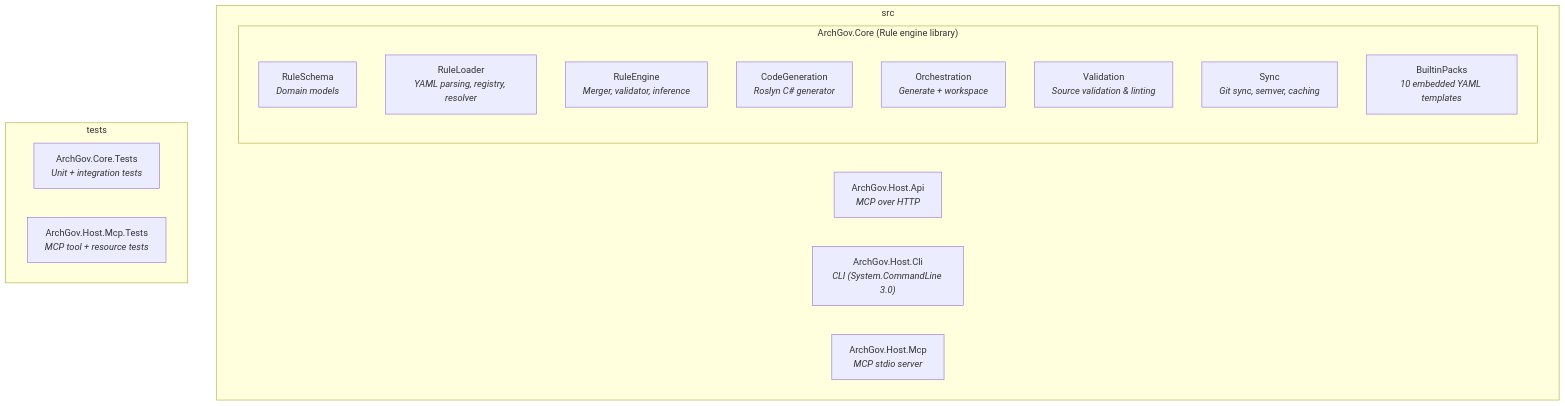
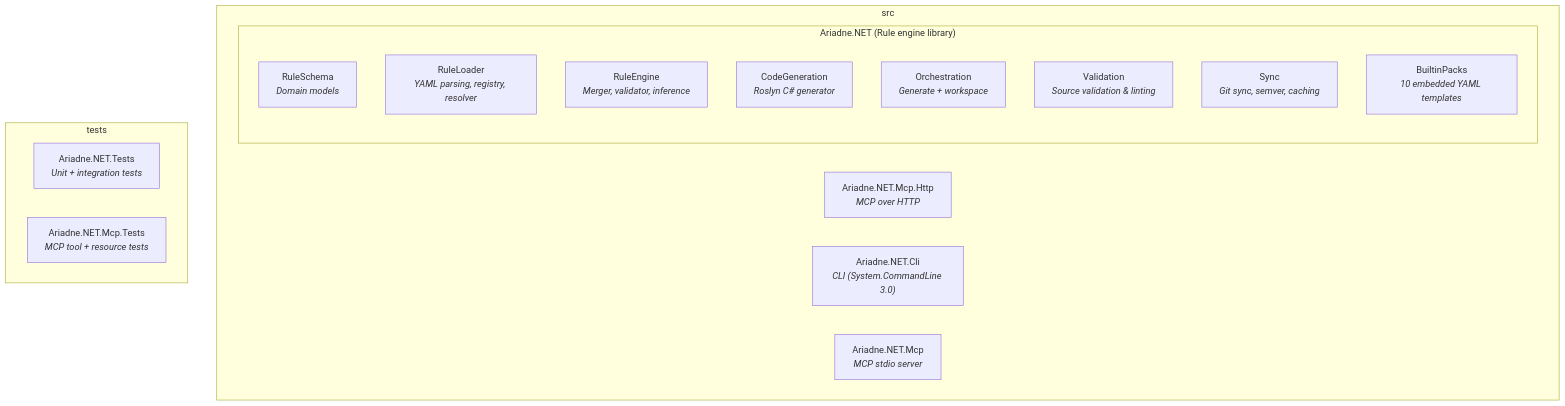
The first of 4 diagrams in docs-site/docs/how-it-works/02-architecture.md (MarcelRoozekrans/Ariadne.NET), drawn with Mermaid before and after one commit. The commit also changed other lines of this file and 13 other files, not shown here.

First line of the commit message:
docs: rename ArchGov to Ariadne.NET in README, CLAUDE.md and docs

````diff
--- a/docs-site/docs/how-it-works/02-architecture.md
+++ b/docs-site/docs/how-it-works/02-architecture.md
@@ -9,23 +9,23 @@
 ```mermaid
 graph TD
     subgraph src
-        subgraph ArchGov.Core["ArchGov.Core (Rule engine library)"]
+        subgraph Ariadne.NET["Ariadne.NET (Rule engine library)"]
             RuleSchema["RuleSchema<br/><i>Domain models</i>"]
             RuleLoader["RuleLoader<br/><i>YAML parsing, registry, resolver</i>"]
             RuleEngine["RuleEngine<br/><i>Merger, validator, inference</i>"]
             CodeGeneration["CodeGeneration<br/><i>Roslyn C# generator</i>"]
             Orchestration["Orchestration<br/><i>Generate + workspace</i>"]
             Validation["Validation<br/><i>Source validation & linting</i>"]
             Sync["Sync<br/><i>Git sync, semver, caching</i>"]
             BuiltinPacks["BuiltinPacks<br/><i>10 embedded YAML templates</i>"]
         end
-        HostApi["ArchGov.Host.Api<br/><i>MCP over HTTP</i>"]
-        HostCli["ArchGov.Host.Cli<br/><i>CLI (System.CommandLine 3.0)</i>"]
-        HostMcp["ArchGov.Host.Mcp<br/><i>MCP stdio server</i>"]
+        HostApi["Ariadne.NET.Mcp.Http<br/><i>MCP over HTTP</i>"]
+        HostCli["Ariadne.NET.Cli<br/><i>CLI (System.CommandLine 3.0)</i>"]
+        HostMcp["Ariadne.NET.Mcp<br/><i>MCP stdio server</i>"]
     end
 
     subgraph tests
-        CoreTests["ArchGov.Core.Tests<br/><i>Unit + integration tests</i>"]
-        McpTests["ArchGov.Host.Mcp.Tests<br/><i>MCP tool + resource tests</i>"]
+        CoreTests["Ariadne.NET.Tests<br/><i>Unit + integration tests</i>"]
+        McpTests["Ariadne.NET.Mcp.Tests<br/><i>MCP tool + resource tests</i>"]
     end
 ```
````
